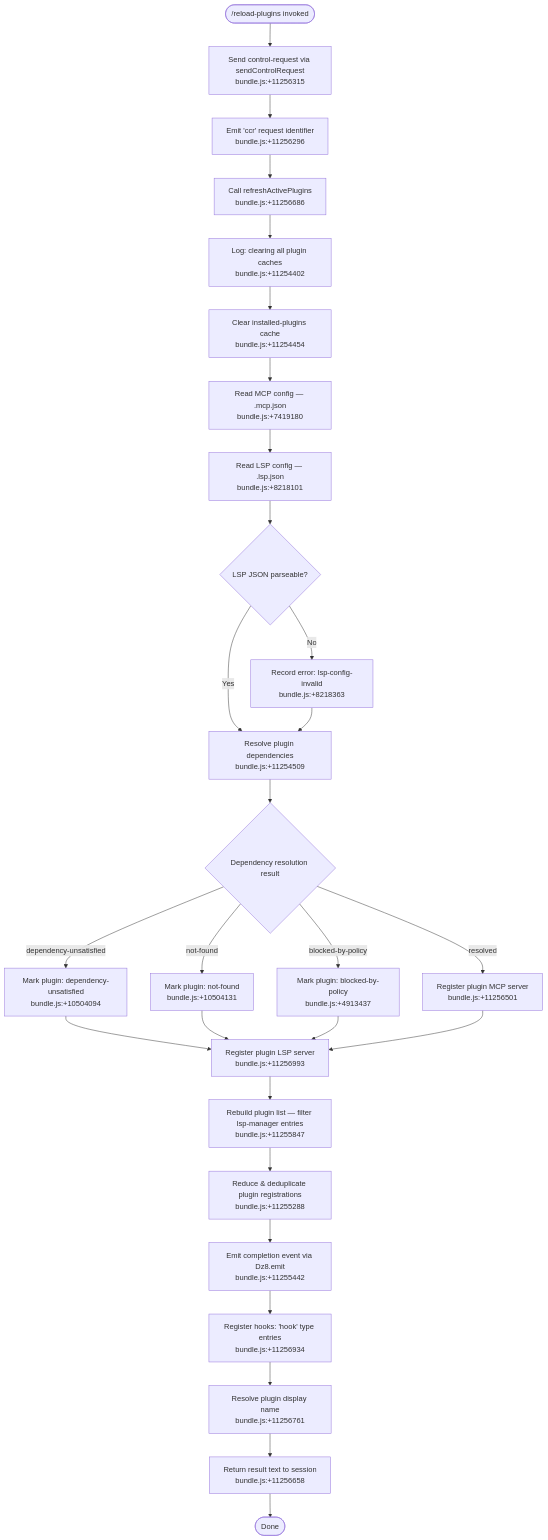
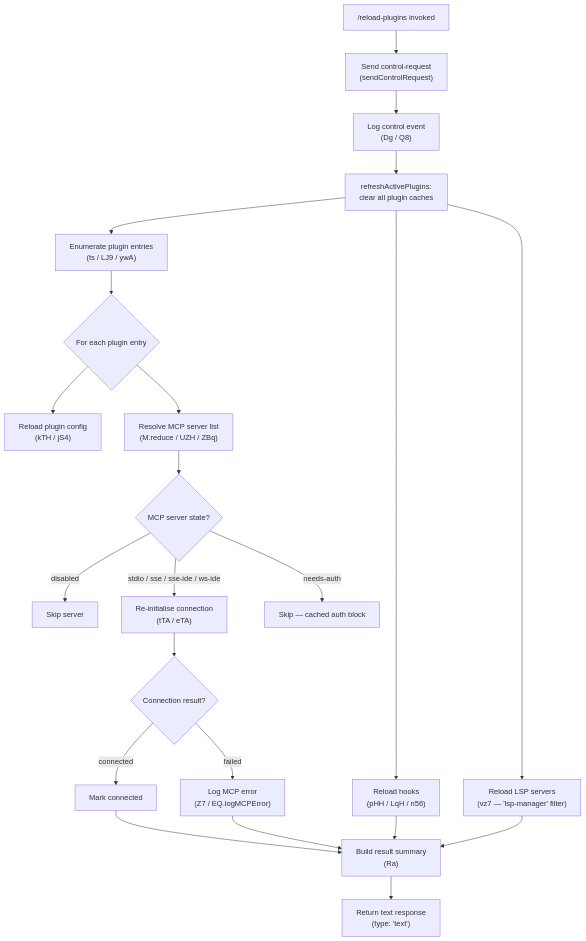
The diagram in versions/v2.1.132/reload-plugins.md (MyLittleLuckyDog/cc-gnothi), drawn with Mermaid before and after one commit. The commit also changed other lines of this file and 96 other files, not shown here.

````diff
--- a/versions/v2.1.132/reload-plugins.md
+++ b/versions/v2.1.132/reload-plugins.md
@@ -47,30 +55,24 @@
 ```mermaid
 flowchart TD
-    A(["/reload-plugins invoked"]) --> B[Send control-request via sendControlRequest\nbundle.js:+11256315]
-    B --> C[Emit 'ccr' request identifier\nbundle.js:+11256296]
-    C --> D[Call refreshActivePlugins\nbundle.js:+11256686]
-    D --> E[Log: clearing all plugin caches\nbundle.js:+11254402]
-    E --> F[Clear installed-plugins cache\nbundle.js:+11254454]
-    F --> G[Read MCP config — .mcp.json\nbundle.js:+7419180]
-    G --> H[Read LSP config — .lsp.json\nbundle.js:+8218101]
-    H --> I{LSP JSON parseable?}
-    I -- No --> J[Record error: lsp-config-invalid\nbundle.js:+8218363]
-    I -- Yes --> K[Resolve plugin dependencies\nbundle.js:+11254509]
-    J --> K
-    K --> L{Dependency resolution result}
-    L -- dependency-unsatisfied --> M[Mark plugin: dependency-unsatisfied\nbundle.js:+10504094]
-    L -- not-found --> N[Mark plugin: not-found\nbundle.js:+10504131]
-    L -- blocked-by-policy --> O[Mark plugin: blocked-by-policy\nbundle.js:+4913437]
-    L -- resolved --> P[Register plugin MCP server\nbundle.js:+11256501]
-    M --> Q[Register plugin LSP server\nbundle.js:+11256993]
-    N --> Q
-    O --> Q
-    P --> Q
-    Q --> R[Rebuild plugin list — filter lsp-manager entries\nbundle.js:+11255847]
-    R --> S[Reduce & deduplicate plugin registrations\nbundle.js:+11255288]
-    S --> T[Emit completion event via Dz8.emit\nbundle.js:+11255442]
-    T --> U[Register hooks: 'hook' type entries\nbundle.js:+11256934]
-    U --> V[Resolve plugin display name\nbundle.js:+11256761]
-    V --> W[Return result text to session\nbundle.js:+11256658]
-    W --> Z([Done])
+    A["/reload-plugins invoked"] --> B["Send control-request\n(sendControlRequest)"]
+    B --> C["Log control event\n(Dg / Q8)"]
+    C --> D["refreshActivePlugins:\nclear all plugin caches"]
+    D --> E["Enumerate plugin entries\n(ts / LJ9 / ywA)"]
+    E --> F{"For each plugin entry"}
+    F --> G["Reload plugin config\n(kTH / jS4)"]
+    F --> H["Resolve MCP server list\n(M.reduce / UZH / ZBq)"]
+    H --> I{"MCP server state?"}
+    I -->|"disabled"| J["Skip server"]
+    I -->|"stdio / sse / sse-ide / ws-ide"| K["Re-initialise connection\n(tTA / eTA)"]
+    I -->|"needs-auth"| L["Skip — cached auth block"]
+    K --> M{"Connection result?"}
+    M -->|"connected"| N["Mark connected"]
+    M -->|"failed"| O["Log MCP error\n(Z7 / EQ.logMCPError)"]
+    D --> P["Reload hooks\n(pHH / LqH / n56)"]
+    D --> Q["Reload LSP servers\n(vz7 — 'lsp-manager' filter)"]
+    P --> R["Build result summary\n(Ra)"]
+    Q --> R
+    N --> R
+    O --> R
+    R --> S["Return text response\n(type: 'text')"]
 ```
````
